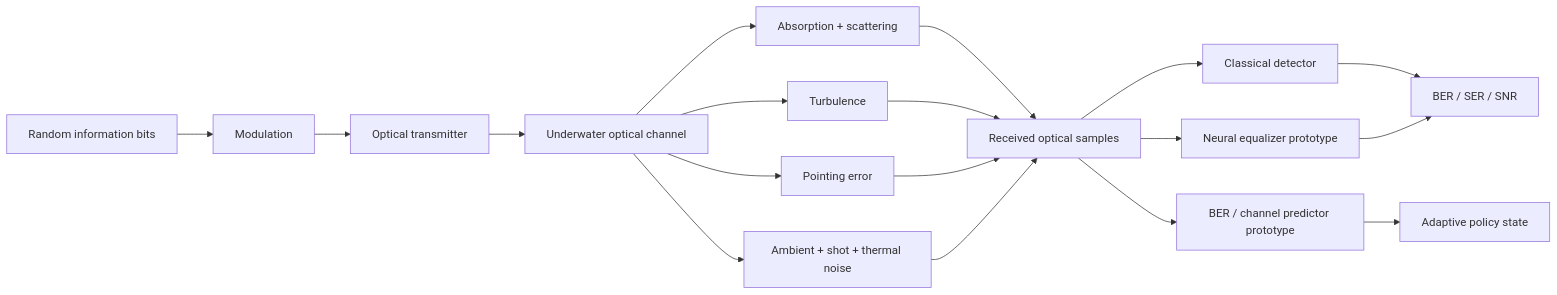
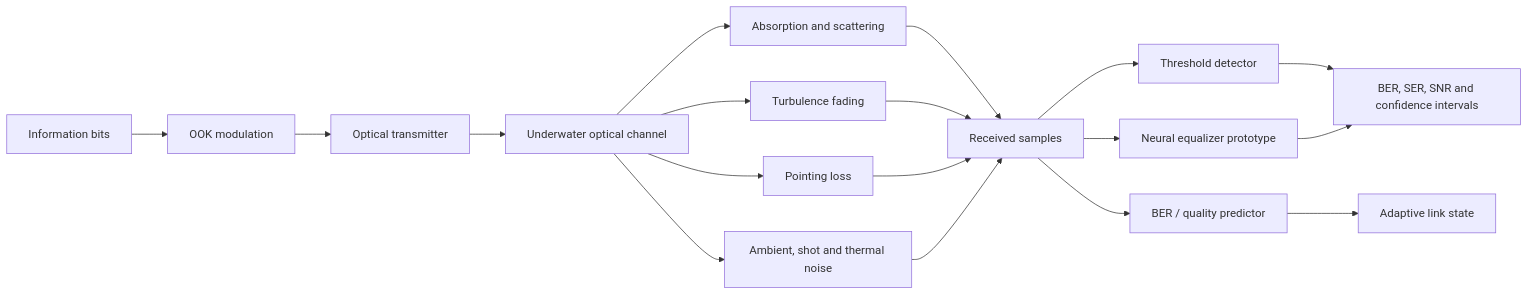
The diagram in README.md (panagiotagrosdouli/OpenUWOC-AI), drawn with Mermaid before and after one commit. The commit also changed other lines of this file, not shown here.

````diff
--- a/README.md
+++ b/README.md
@@ -61,20 +67,20 @@
 ```mermaid
 flowchart LR
-    A[Random information bits] --> B[Modulation]
-    B --> C[Optical transmitter]
-    C --> D[Underwater optical channel]
-    D --> E[Absorption + scattering]
-    D --> F[Turbulence]
-    D --> G[Pointing error]
-    D --> H[Ambient + shot + thermal noise]
-    E --> I[Received optical samples]
-    F --> I
-    G --> I
-    H --> I
-    I --> J[Classical detector]
-    I --> K[Neural equalizer prototype]
-    I --> L[BER / channel predictor prototype]
-    J --> M[BER / SER / SNR]
-    K --> M
-    L --> N[Adaptive policy state]
+    B[Information bits] --> M[OOK modulation]
+    M --> T[Optical transmitter]
+    T --> C[Underwater optical channel]
+    C --> A[Absorption and scattering]
+    C --> F[Turbulence fading]
+    C --> P[Pointing loss]
+    C --> N[Ambient, shot and thermal noise]
+    A --> Y[Received samples]
+    F --> Y
+    P --> Y
+    N --> Y
+    Y --> D[Threshold detector]
+    Y --> E[Neural equalizer prototype]
+    Y --> Q[BER / quality predictor]
+    D --> V[BER, SER, SNR and confidence intervals]
+    E --> V
+    Q --> L[Adaptive link state]
 ```
````
